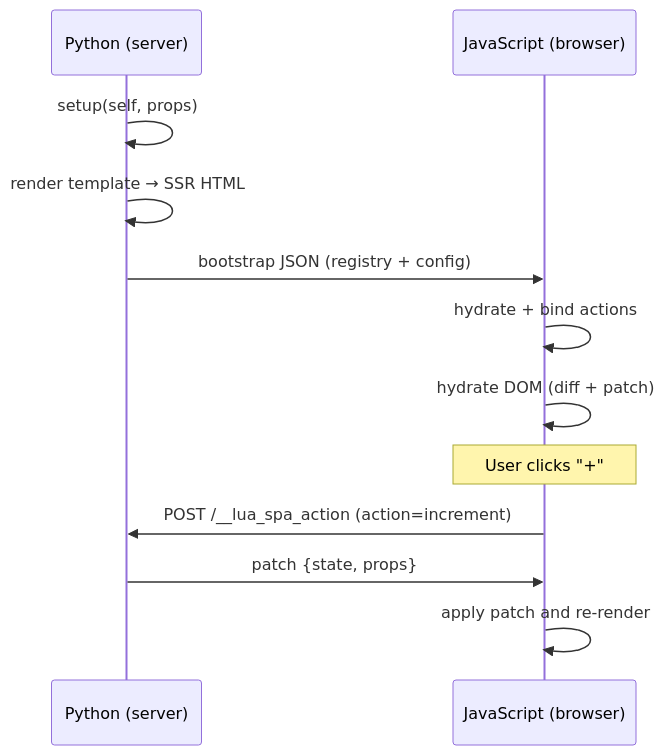
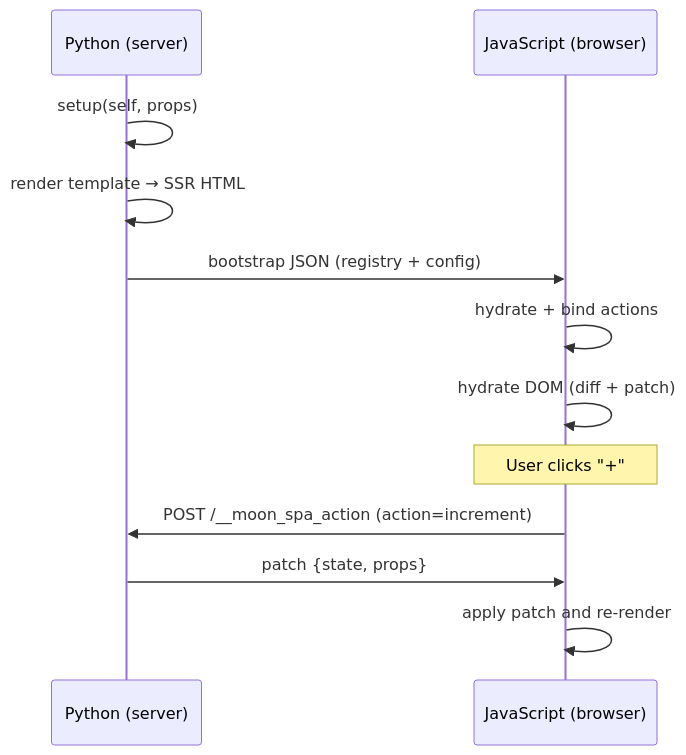
Before and after one commit to roderiano/lua-spa: the diagram in docs/docs/get-started/first-component.md, drawn with Mermaid. The commit also changed other lines of this file and 90 other files, not shown here.

````diff
--- a/docs/docs/get-started/first-component.md
+++ b/docs/docs/get-started/first-component.md
@@ -73,15 +73,15 @@
 ```mermaid
 sequenceDiagram
     participant Python as Python (server)
     participant JS as JavaScript (browser)
 
   Python->>Python: setup(self, props)
     Python->>Python: render template → SSR HTML
     Python->>JS: bootstrap JSON (registry + config)
   JS->>JS: hydrate + bind actions
     JS->>JS: hydrate DOM (diff + patch)
     Note over JS: User clicks "+"
-  JS->>Python: POST /__lua_spa_action (action=increment)
+  JS->>Python: POST /__moon_spa_action (action=increment)
   Python->>JS: patch {state, props}
   JS->>JS: apply patch and re-render
 ```
````
